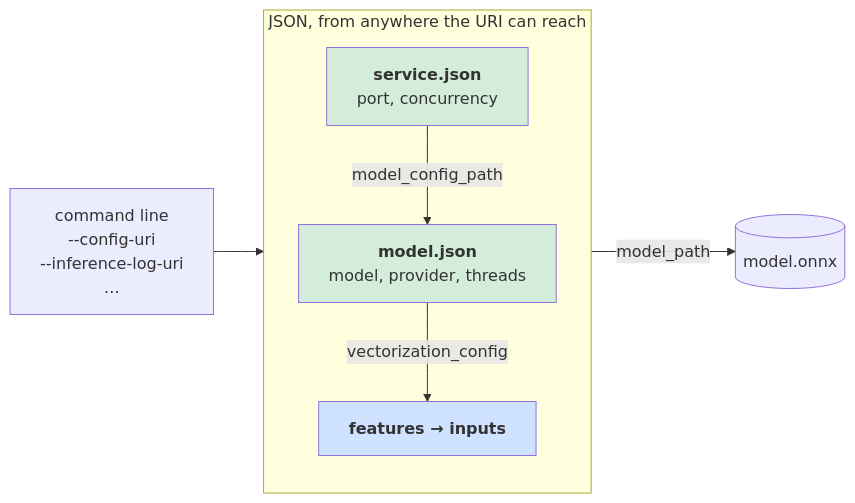
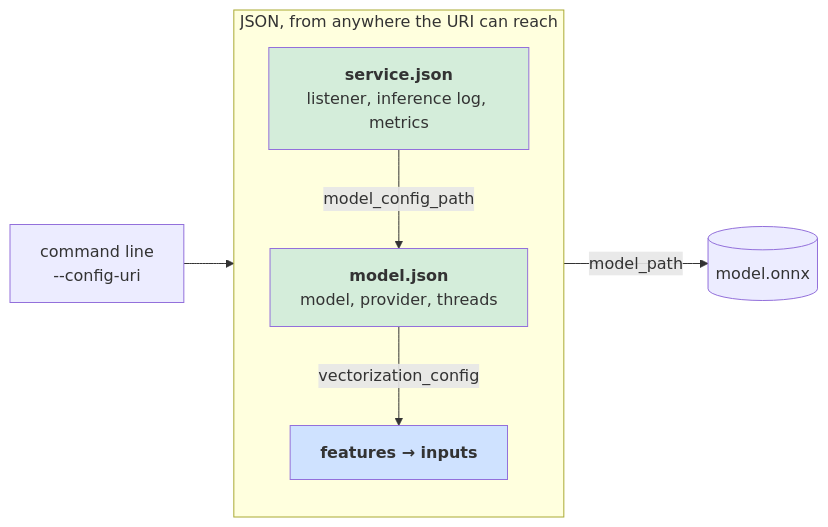
The first of 10 diagrams in documentation/configuration.md (PratikBarhate/hushar), drawn with Mermaid before and after one commit. The commit also changed other lines of this file and 57 other files, not shown here.

Commit message:
update(threading): we have updated the threading and concurrency model.

````diff
--- a/documentation/configuration.md
+++ b/documentation/configuration.md
@@ -6,15 +6,15 @@
 ```mermaid
 flowchart LR
-  cli["command line<br/>--config-uri<br/>--inference-log-uri<br/>…"] --> s
+  cli["command line<br/>--config-uri"] --> s
 
   subgraph files["JSON, from anywhere the URI can reach"]
     direction TB
-    s["<b>service.json</b><br/>port, concurrency"] -->|"model_config_path"| m["<b>model.json</b><br/>model, provider, threads"]
+    s["<b>service.json</b><br/>listener, inference log, metrics"] -->|"model_config_path"| m["<b>model.json</b><br/>model, provider, threads"]
     m -->|"vectorization_config"| v["<b>features → inputs</b>"]
   end
 
   m -->|"model_path"| onnx[("model.onnx")]
   style s fill:#d4edda
   style m fill:#d4edda
   style v fill:#cfe2ff
 ```
````
